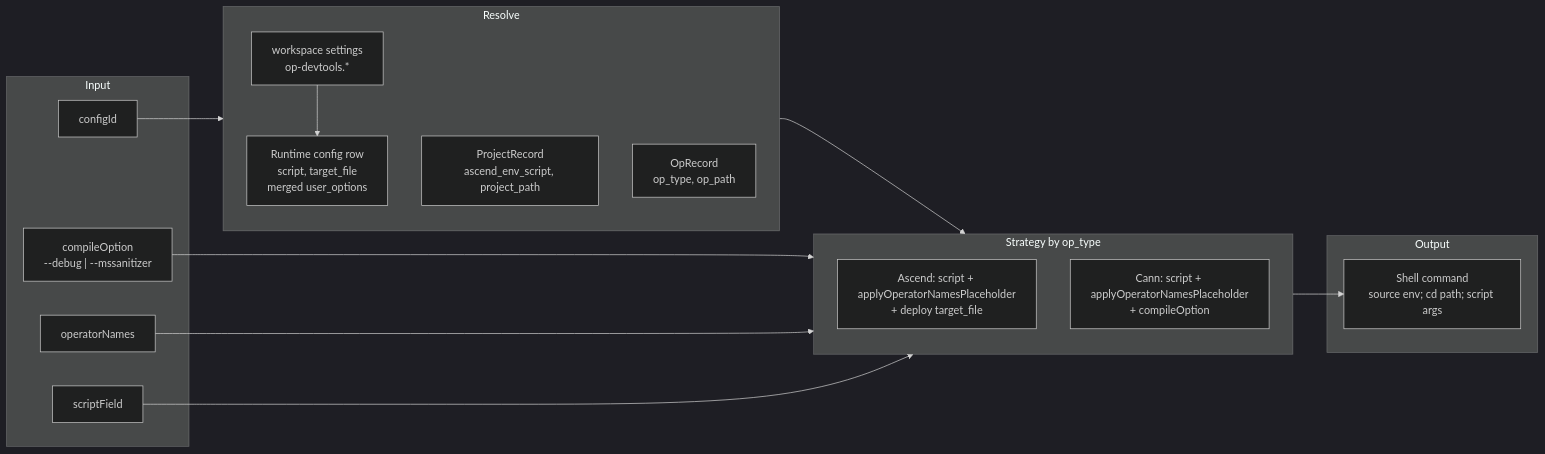
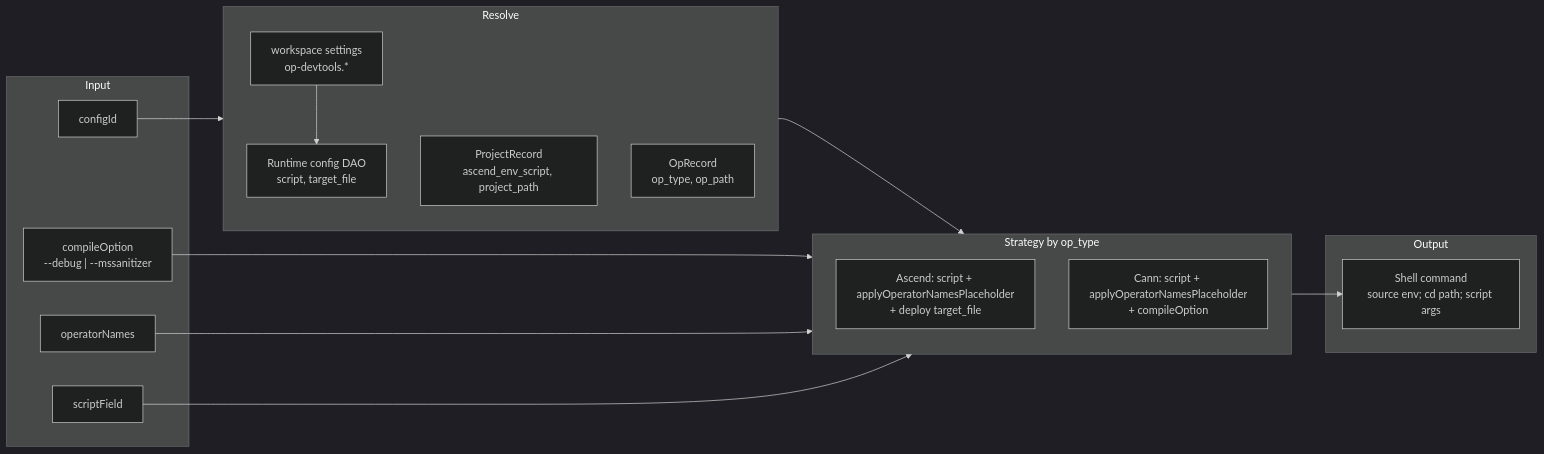
Before and after one commit to IdeFrontend/opdev_plugin: the fourth of 5 diagrams in docs/build-integration.md, drawn with Mermaid (dark theme). The commit also changed other lines of this file and 287 other files, not shown here.

````diff
--- a/docs/build-integration.md
+++ b/docs/build-integration.md
@@ -202,34 +200,34 @@
 ```mermaid
 flowchart LR
   subgraph Input["Input"]
     ConfigId["configId"]
     CompileOpt["compileOption\n--debug | --mssanitizer"]
     OperatorNames["operatorNames"]
     ScriptField["scriptField"]
   end
 
   subgraph Resolve["Resolve"]
     WS["workspace settings\nop-devtools.*"]
-    Config["Runtime config row\nscript, target_file\nmerged user_options"]
+    Config["Runtime config DAO\nscript, target_file"]
     Project["ProjectRecord\nascend_env_script, project_path"]
     Operator["OpRecord\nop_type, op_path"]
   end
 
   WS --> Config
 
   subgraph Strategy["Strategy by op_type"]
     Ascend["Ascend: script + applyOperatorNamesPlaceholder\n+ deploy target_file"]
     Cann["Cann: script + applyOperatorNamesPlaceholder\n+ compileOption"]
   end
 
   subgraph Out["Output"]
     Cmd["Shell command\nsource env; cd path; script args"]
   end
 
   ConfigId --> Resolve
   Resolve --> Strategy
   CompileOpt --> Strategy
   OperatorNames --> Strategy
   ScriptField --> Strategy
   Strategy --> Cmd
 ```
````
